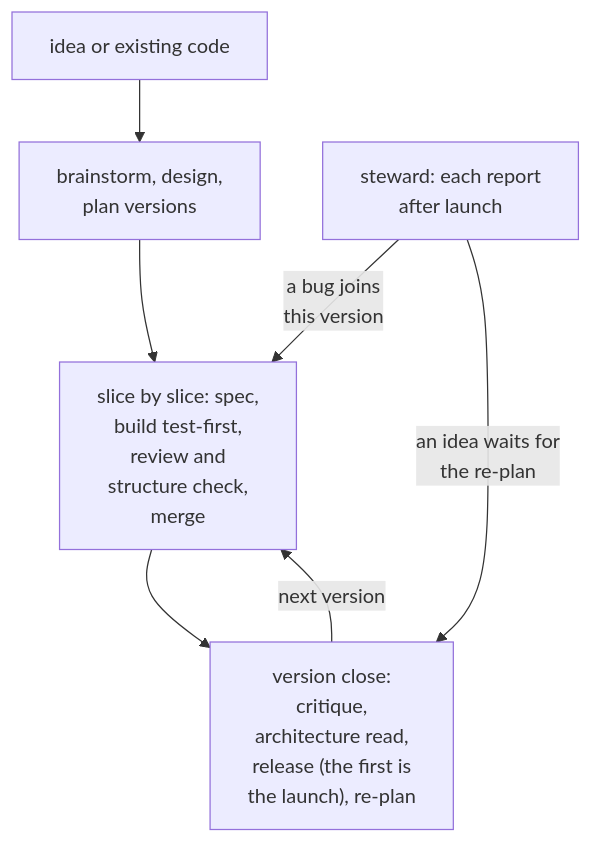
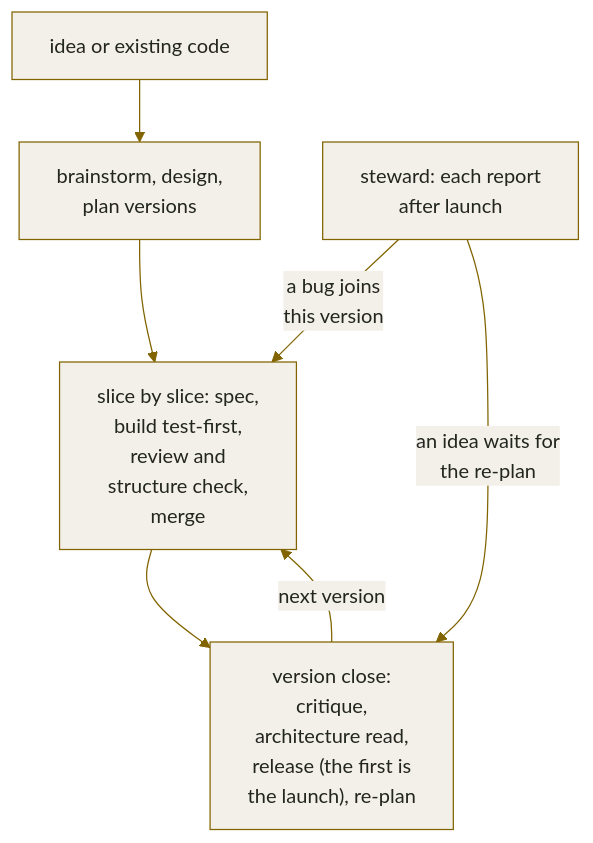
One commit to OytunOnal/roadkeeper changed the diagram in README.md. Above: the diagram before and after it, drawn with Mermaid. The commit also changed other lines of this file and 38 other files, not shown here.

````diff
--- a/README.md
+++ b/README.md
@@ -46,9 +46,10 @@
 ```mermaid
+%%{init: {"theme": "base", "themeVariables": {"primaryColor": "#f3f0ea", "primaryTextColor": "#22261f", "primaryBorderColor": "rgb(129, 100, 0)", "lineColor": "rgb(129, 100, 0)", "edgeLabelBackground": "#f3f0ea"}}}%%
 flowchart TD
   I["idea or existing code"] --> P["brainstorm, design,<br/>plan versions"]
   P --> S["slice by slice: spec,<br/>build test-first,<br/>review and<br/>structure check,<br/>merge"]
   S --> C["version close:<br/>critique,<br/>architecture read,<br/>release (the first is<br/>the launch), re-plan"]
   C -->|"next version"| S
   M["steward: each report<br/>after launch"] -->|"a bug joins<br/>this version"| S
   M -->|"an idea waits for<br/>the re-plan"| C
 ```
````
